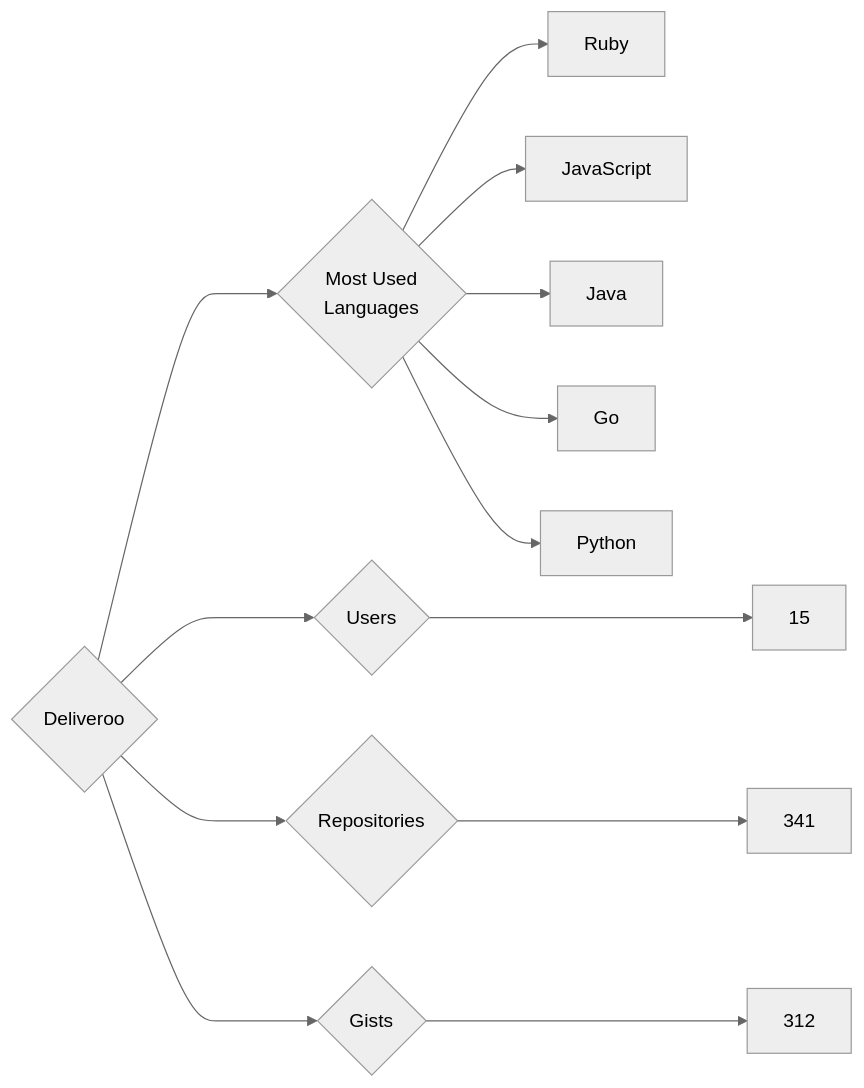
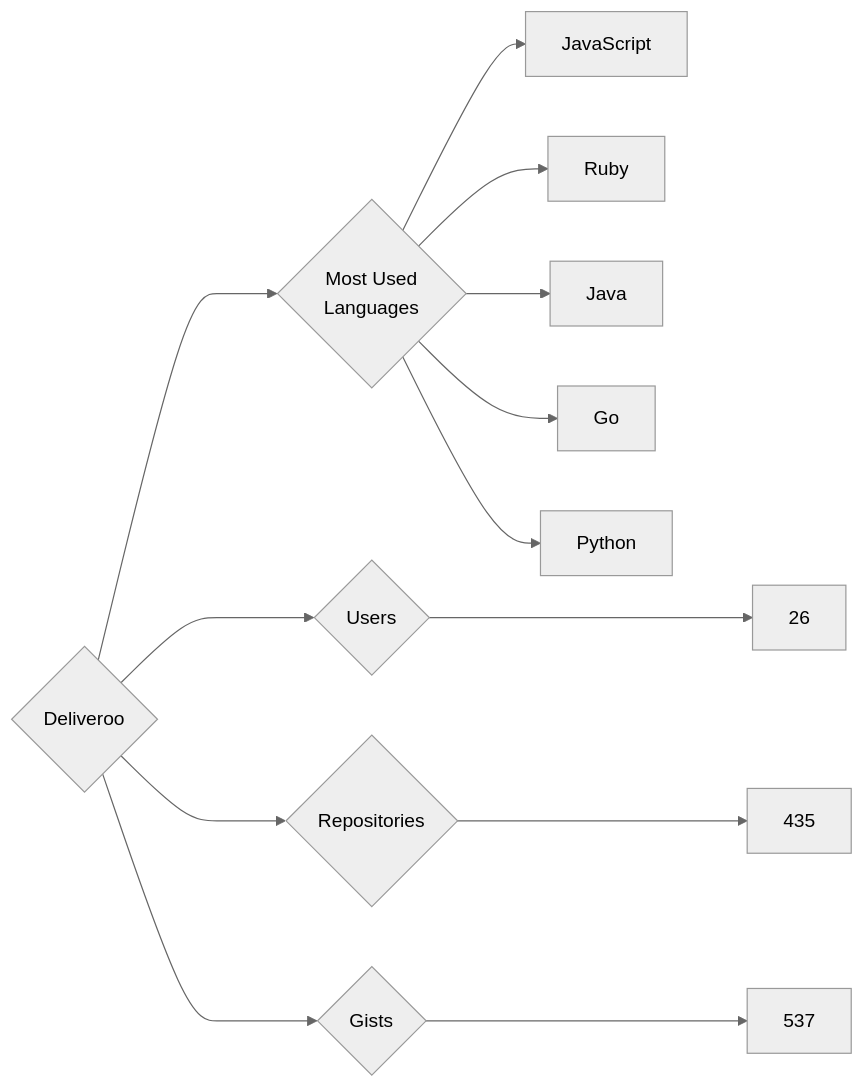
One commit to trickest/insiders changed the diagram in targets/Deliveroo/README.md. Above: the diagram before and after it, drawn with Mermaid (neutral theme). The commit also changed 715 other files, not shown here.

````diff
--- a/targets/Deliveroo/README.md
+++ b/targets/Deliveroo/README.md
@@ -3,13 +3,13 @@
 ```mermaid
 graph LR
 COMPANY_NAME{Deliveroo}
-COMPANY_NAME ---> U{Users} ---> UN[15]
-COMPANY_NAME ---> R{Repositories} ---> RN[341]
-COMPANY_NAME ---> G{Gists} ---> GN[312]
+COMPANY_NAME ---> U{Users} ---> UN[26]
+COMPANY_NAME ---> R{Repositories} ---> RN[435]
+COMPANY_NAME ---> G{Gists} ---> GN[537]
 COMPANY_NAME ---> ML{Most Used<br>Languages}
+ML --> JavaScript[JavaScript]
 ML --> Ruby[Ruby]
-ML --> JavaScript[JavaScript]
 ML --> Java[Java]
 ML --> Go[Go]
 ML --> Python[Python]
 ```
````
